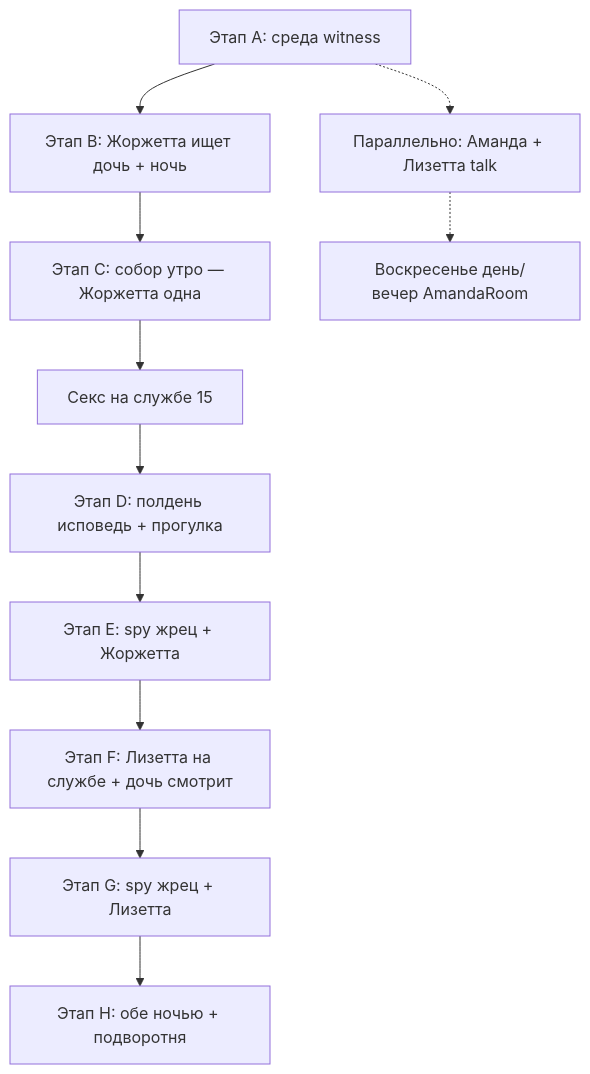
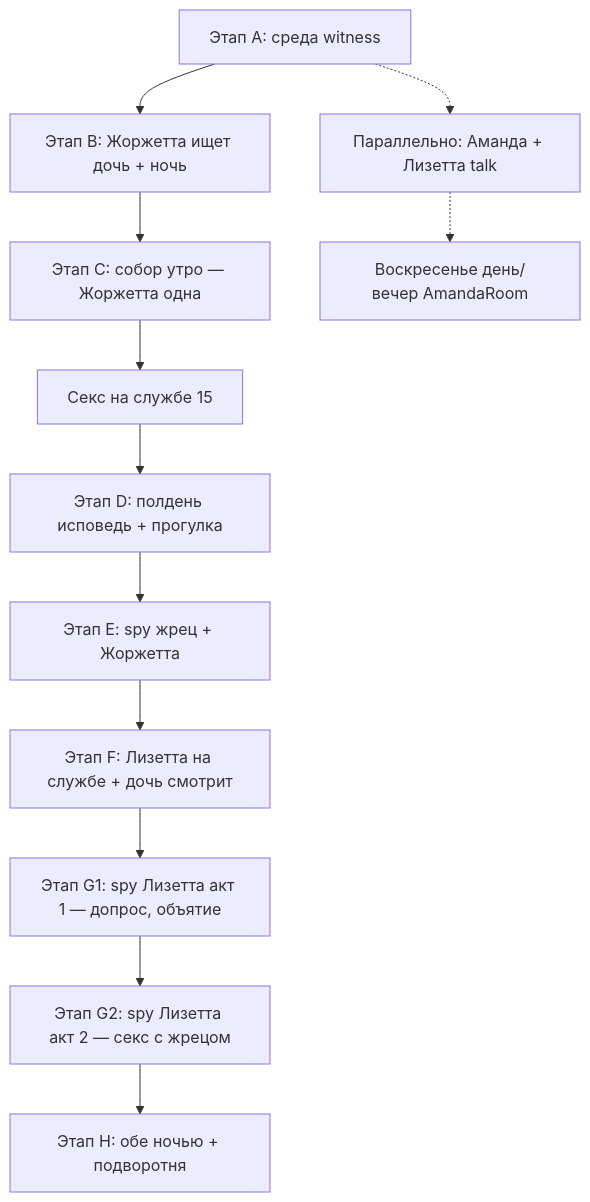
The diagram in docs/design-port-church-arc.md (vanisimo/wild-stallion-qsp), drawn with Mermaid before and after one commit. The commit also changed other lines of this file and 31 other files, not shown here.

````diff
--- a/docs/design-port-church-arc.md
+++ b/docs/design-port-church-arc.md
@@ -26,14 +28,15 @@
 ```mermaid
 flowchart TD
     A[Этап A: среда witness] --> B[Этап B: Жоржетта ищет дочь + ночь]
     B --> C[Этап C: собор утро — Жоржетта одна]
     C --> C2[Секс на службе 15]
     C2 --> D[Этап D: полдень исповедь + прогулка]
     D --> E[Этап E: spy жрец + Жоржетта]
     E --> F[Этап F: Лизетта на службе + дочь смотрит]
-    F --> G[Этап G: spy жрец + Лизетта]
-    G --> H[Этап H: обе ночью + подворотня]
+    F --> G1[Этап G1: spy Лизетта акт 1 — допрос, объятие]
+    G1 --> G2[Этап G2: spy Лизетта акт 2 — секс с жрецом]
+    G2 --> H[Этап H: обе ночью + подворотня]
 
     A -.-> AL[Параллельно: Аманда + Лизетта talk]
     AL -.-> AL2[Воскресенье день/вечер AmandaRoom]
 ```
````
